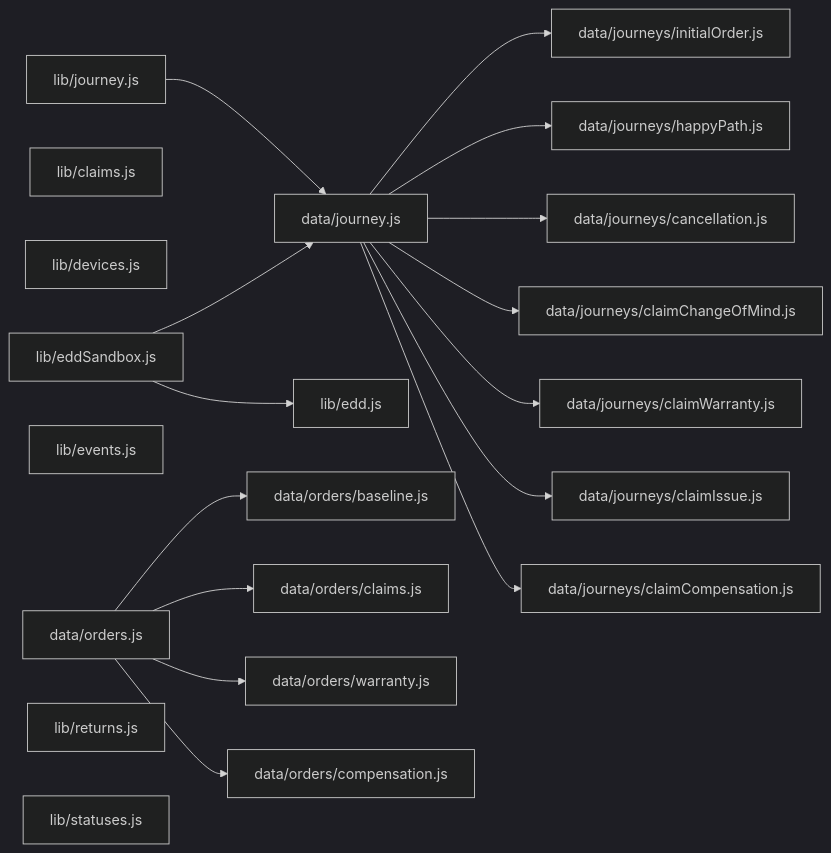
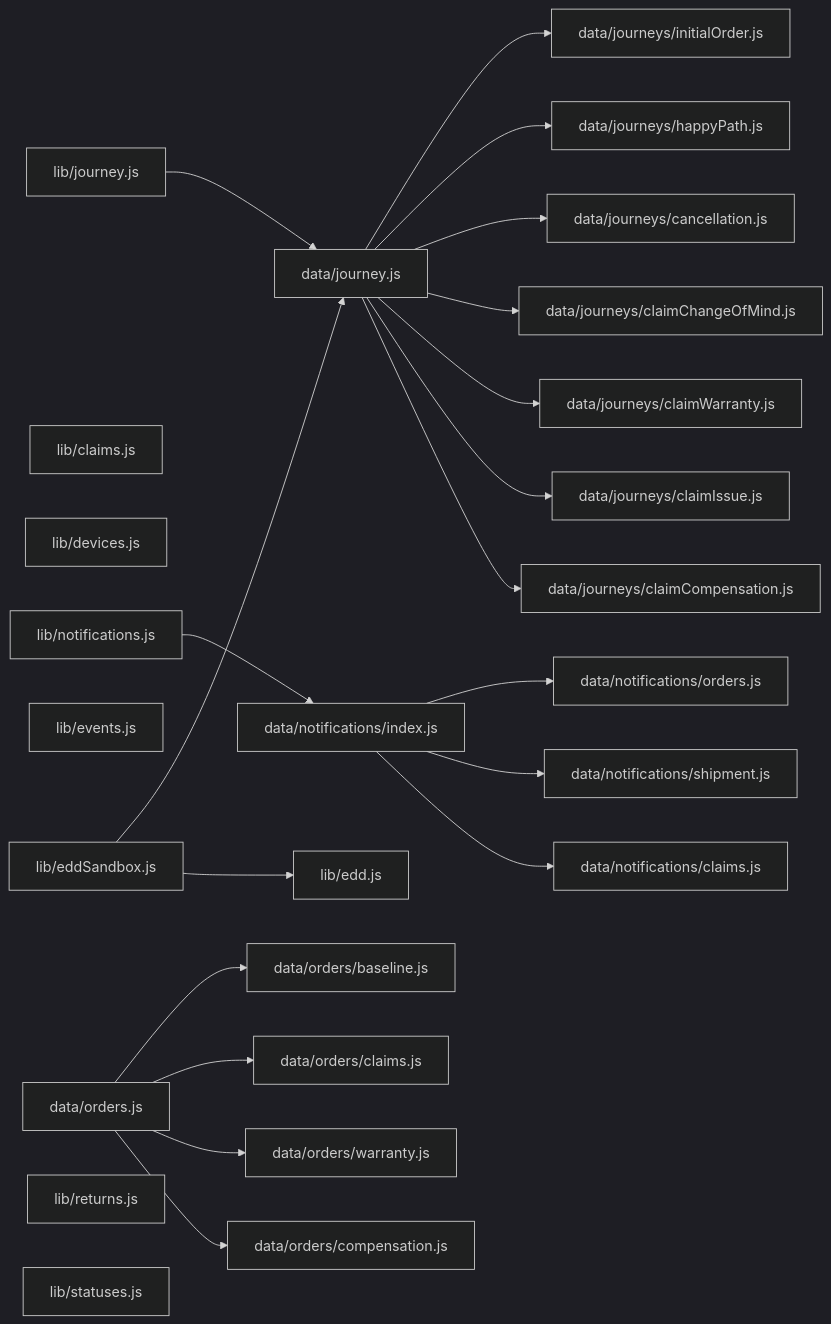
One commit to andrea-revibe/my-account-redesign-v2 changed the diagram in docs/code_map.md. Above: the diagram before and after it, drawn with Mermaid (dark theme). The commit also changed other lines of this file and 27 other files, not shown here.

````diff
--- a/docs/code_map.md
+++ b/docs/code_map.md
@@ -175,38 +186,47 @@
 ```mermaid
 graph LR
   data_journey_js["data/journey.js"]
   data_journeys_cancellation_js["data/journeys/cancellation.js"]
   data_journeys_claimChangeOfMind_js["data/journeys/claimChangeOfMind.js"]
   data_journeys_claimCompensation_js["data/journeys/claimCompensation.js"]
   data_journeys_claimIssue_js["data/journeys/claimIssue.js"]
   data_journeys_claimWarranty_js["data/journeys/claimWarranty.js"]
   data_journeys_happyPath_js["data/journeys/happyPath.js"]
   data_journeys_initialOrder_js["data/journeys/initialOrder.js"]
+  data_notifications_claims_js["data/notifications/claims.js"]
+  data_notifications_index_js["data/notifications/index.js"]
+  data_notifications_orders_js["data/notifications/orders.js"]
+  data_notifications_shipment_js["data/notifications/shipment.js"]
   data_orders_js["data/orders.js"]
   data_orders_baseline_js["data/orders/baseline.js"]
   data_orders_claims_js["data/orders/claims.js"]
   data_orders_compensation_js["data/orders/compensation.js"]
   data_orders_warranty_js["data/orders/warranty.js"]
   lib_claims_js["lib/claims.js"]
   lib_devices_js["lib/devices.js"]
   lib_edd_js["lib/edd.js"]
   lib_eddSandbox_js["lib/eddSandbox.js"]
   lib_events_js["lib/events.js"]
   lib_journey_js["lib/journey.js"]
+  lib_notifications_js["lib/notifications.js"]
   lib_returns_js["lib/returns.js"]
   lib_statuses_js["lib/statuses.js"]
   data_journey_js --> data_journeys_initialOrder_js
   data_journey_js --> data_journeys_happyPath_js
   data_journey_js --> data_journeys_cancellation_js
   data_journey_js --> data_journeys_claimChangeOfMind_js
   data_journey_js --> data_journeys_claimWarranty_js
   data_journey_js --> data_journeys_claimIssue_js
   data_journey_js --> data_journeys_claimCompensation_js
+  data_notifications_index_js --> data_notifications_orders_js
+  data_notifications_index_js --> data_notifications_shipment_js
+  data_notifications_index_js --> data_notifications_claims_js
   data_orders_js --> data_orders_baseline_js
   data_orders_js --> data_orders_claims_js
   data_orders_js --> data_orders_warranty_js
   data_orders_js --> data_orders_compensation_js
   lib_eddSandbox_js --> data_journey_js
   lib_eddSandbox_js --> lib_edd_js
   lib_journey_js --> data_journey_js
+  lib_notifications_js --> data_notifications_index_js
 ```
````
